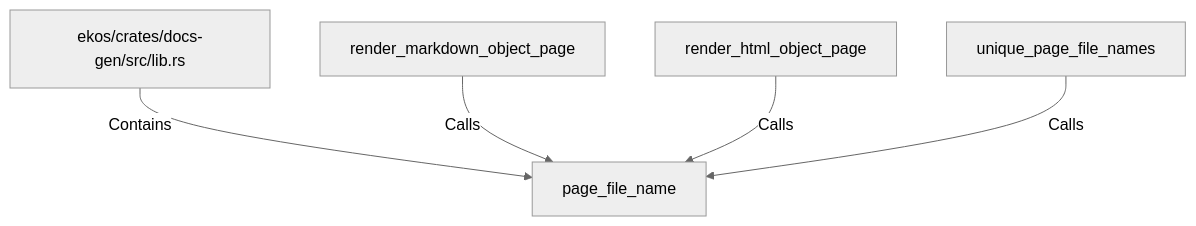
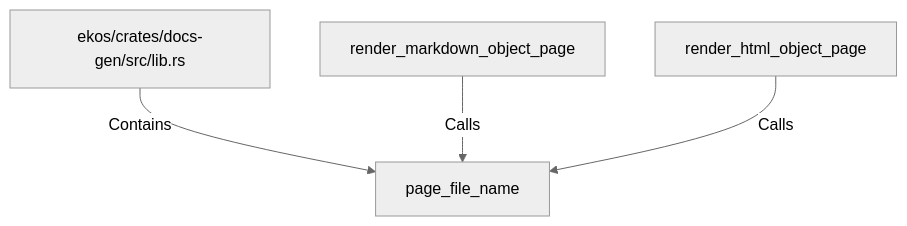
The diagram in doc/entities/rustsymbol/pa/page-file-name.md (alexeyban/EKOS), drawn with Mermaid (neutral theme) before and after one commit. The commit also changed other lines of this file and 552 other files, not shown here.

````diff
--- a/doc/entities/rustsymbol/pa/page-file-name.md
+++ b/doc/entities/rustsymbol/pa/page-file-name.md
@@ -23,12 +22,10 @@
 ```mermaid
 graph TD
     nd8b69d99022e532f988b43e4370b5981["page_file_name"]
     n6ca4fba018e559b798767dae72e2ce0e["ekos/crates/docs-gen/src/lib.rs"]
     n6ca4fba018e559b798767dae72e2ce0e -->|Contains| nd8b69d99022e532f988b43e4370b5981
     nb7354e77e2095c90af8482da91505df4["render_markdown_object_page"]
     nb7354e77e2095c90af8482da91505df4 -->|Calls| nd8b69d99022e532f988b43e4370b5981
     n2c4b2f66239c55adbcda4a963de9d84f["render_html_object_page"]
     n2c4b2f66239c55adbcda4a963de9d84f -->|Calls| nd8b69d99022e532f988b43e4370b5981
-    n136d1c6de6f65cda97d83454bbc0d5e7["unique_page_file_names"]
-    n136d1c6de6f65cda97d83454bbc0d5e7 -->|Calls| nd8b69d99022e532f988b43e4370b5981
 ```
````
